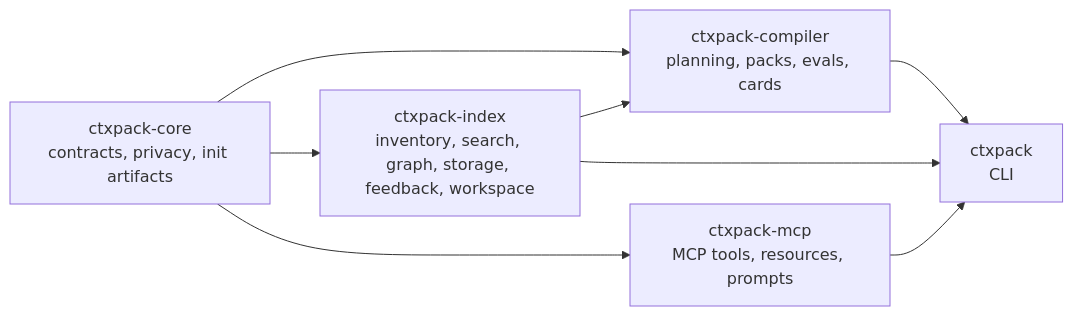
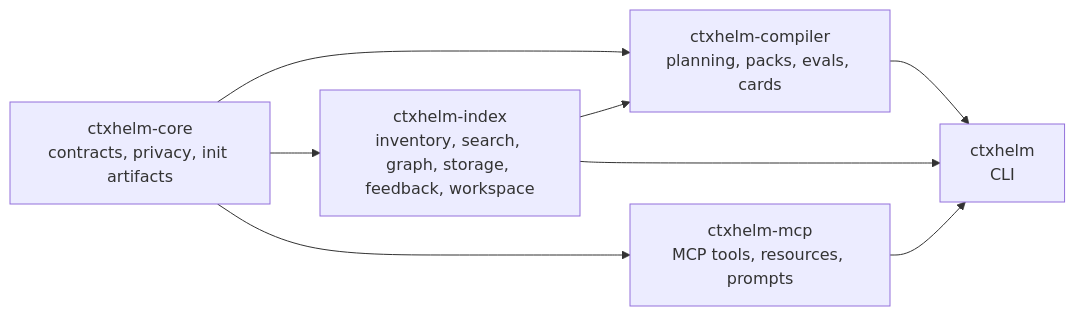
One commit to thromel/ctxhelm changed the second of 6 diagrams in docs/architecture.md. Above: the diagram before and after it, drawn with Mermaid. The commit also changed other lines of this file and 922 other files, not shown here.

````diff
--- a/docs/architecture.md
+++ b/docs/architecture.md
@@ -62,10 +62,10 @@
 ```mermaid
 flowchart LR
-  Core["ctxpack-core\ncontracts, privacy, init artifacts"] --> Index["ctxpack-index\ninventory, search, graph, storage, feedback, workspace"]
-  Core --> Compiler["ctxpack-compiler\nplanning, packs, evals, cards"]
-  Core --> Mcp["ctxpack-mcp\nMCP tools, resources, prompts"]
+  Core["ctxhelm-core\ncontracts, privacy, init artifacts"] --> Index["ctxhelm-index\ninventory, search, graph, storage, feedback, workspace"]
+  Core --> Compiler["ctxhelm-compiler\nplanning, packs, evals, cards"]
+  Core --> Mcp["ctxhelm-mcp\nMCP tools, resources, prompts"]
   Index --> Compiler
-  Compiler --> Cli["ctxpack\nCLI"]
+  Compiler --> Cli["ctxhelm\nCLI"]
   Index --> Cli
   Mcp --> Cli
 ```
````
